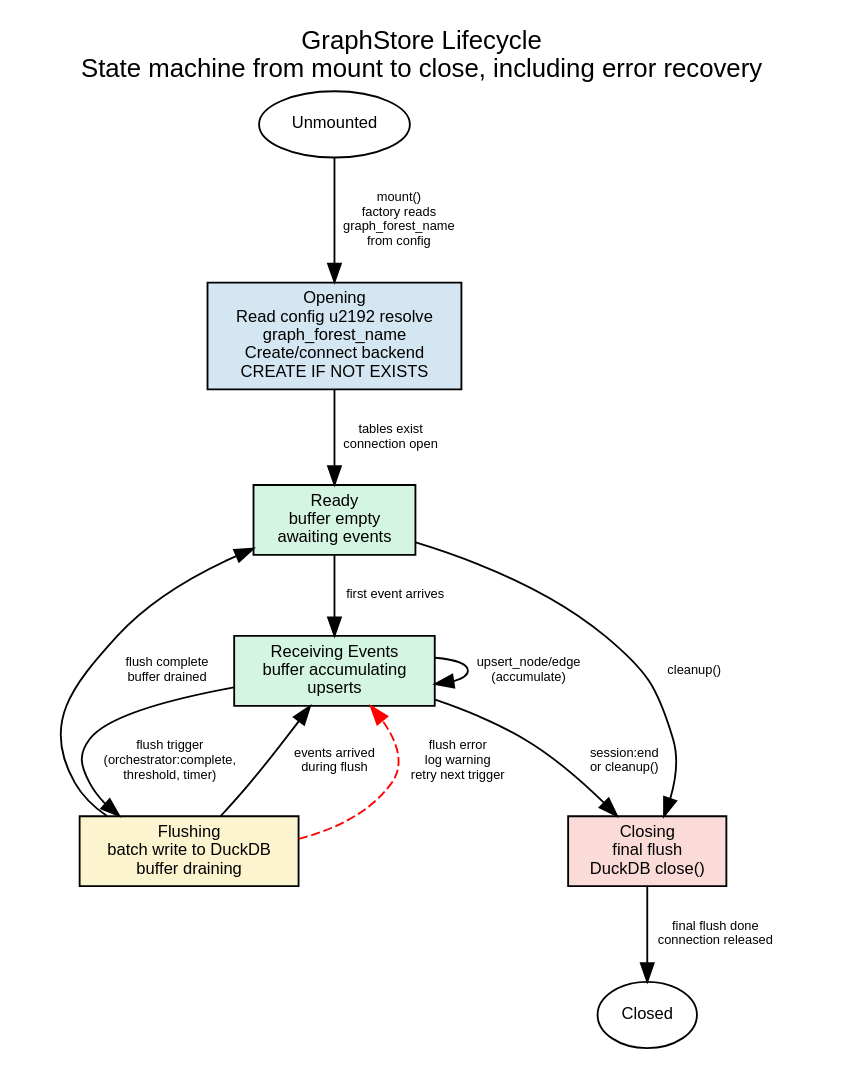
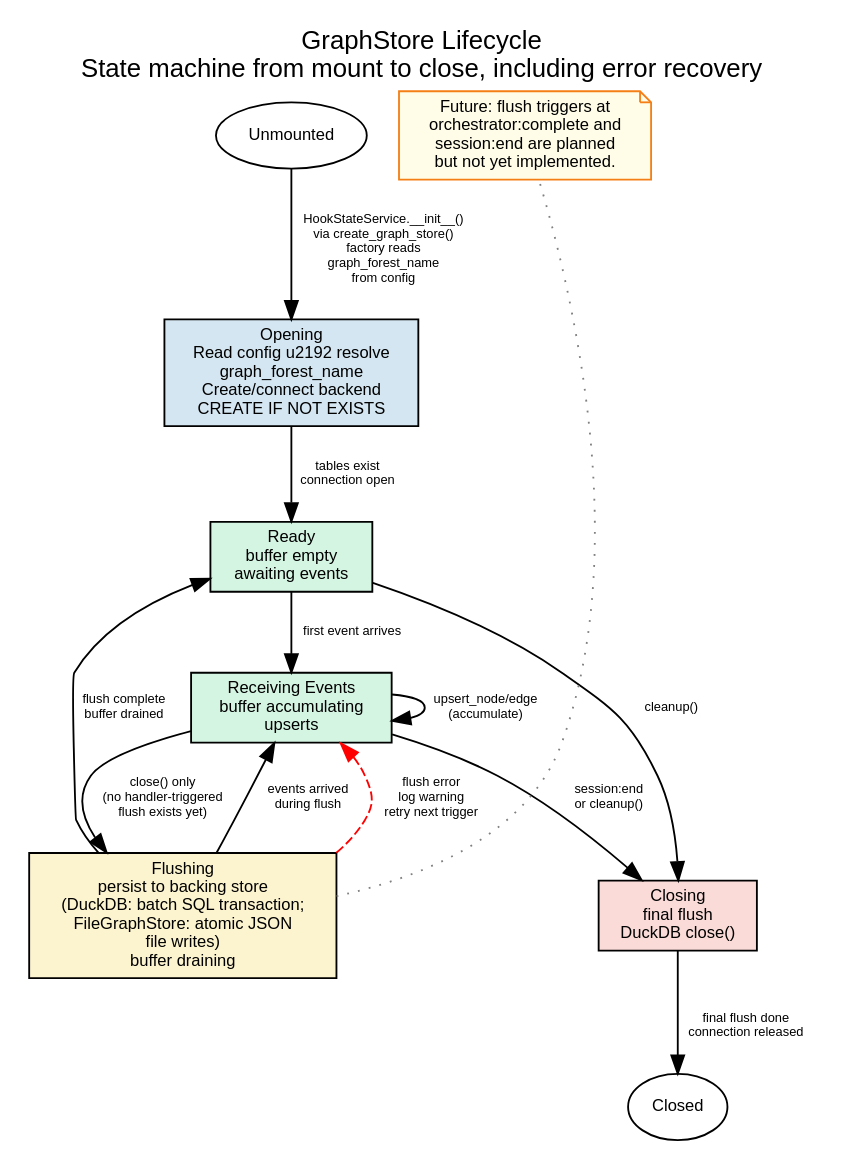
Before and after one commit to microsoft/amplifier-bundle-context-intelligence: the diagram in context/graph-store-lifecycle.dot, drawn with Graphviz. The commit also changed 9 other files, not shown here.

Commit message:
fix: correct 18 DOT diagram inaccuracies + add real-session integration tests (22 tests from session 44be6956)

```diff
--- a/context/graph-store-lifecycle.dot
+++ b/context/graph-store-lifecycle.dot
@@ -1,39 +1,45 @@
 digraph lifecycle {
     rankdir=TB;
     label="GraphStore Lifecycle\nState machine from mount to close, including error recovery";
     labelloc=t;
     fontsize=14;
     fontname="Helvetica";
     node [fontname="Helvetica", fontsize=9];
     edge [fontname="Helvetica", fontsize=7];
 
     // States
     unmounted [label="Unmounted" shape=oval];
     opening [label="Opening\nRead config \u2192 resolve\ngraph_forest_name\nCreate/connect backend\nCREATE IF NOT EXISTS"
              shape=box style=filled fillcolor="#D4E6F1"];
     ready [label="Ready\nbuffer empty\nawaiting events"
            shape=box style=filled fillcolor="#D5F5E3"];
     receiving [label="Receiving Events\nbuffer accumulating\nupserts"
                shape=box style=filled fillcolor="#D5F5E3"];
-    flushing [label="Flushing\nbatch write to DuckDB\nbuffer draining"
+    flushing [label="Flushing\npersist to backing store\n(DuckDB: batch SQL transaction;\nFileGraphStore: atomic JSON\nfile writes)\nbuffer draining"
               shape=box style=filled fillcolor="#FCF3CF"];
     closing [label="Closing\nfinal flush\nDuckDB close()"
              shape=box style=filled fillcolor="#FADBD8"];
     closed [label="Closed" shape=oval];
 
     // Transitions
-    unmounted -> opening [label="mount()\nfactory reads\ngraph_forest_name\nfrom config"];
+    unmounted -> opening [label="HookStateService.__init__()\nvia create_graph_store()\nfactory reads\ngraph_forest_name\nfrom config"];
     opening -> ready [label="tables exist\nconnection open"];
     ready -> receiving [label="first event arrives"];
     receiving -> receiving [label="upsert_node/edge\n(accumulate)"];
-    receiving -> flushing [label="flush trigger\n(orchestrator:complete,\nthreshold, timer)"];
+    receiving -> flushing [label="close() only\n(no handler-triggered\nflush exists yet)"];
     flushing -> ready [label="flush complete\nbuffer drained"];
     flushing -> receiving [label="events arrived\nduring flush"];
     receiving -> closing [label="session:end\nor cleanup()"];
     ready -> closing [label="cleanup()"];
     closing -> closed [label="final flush done\nconnection released"];
 
     // Error path
     flushing -> receiving [label="flush error\nlog warning\nretry next trigger"
                            style=dashed color=red];
+
+    // Notes
+    node [shape=note, style=filled, penwidth=1];
+    note_flush [label="Future: flush triggers at\norchestrator:complete and\nsession:end are planned\nbut not yet implemented."
+                fillcolor="#FFFDE7" color="#F57F17"];
+    flushing -> note_flush [style=dotted color=gray arrowhead=none constraint=false];
 }
```
